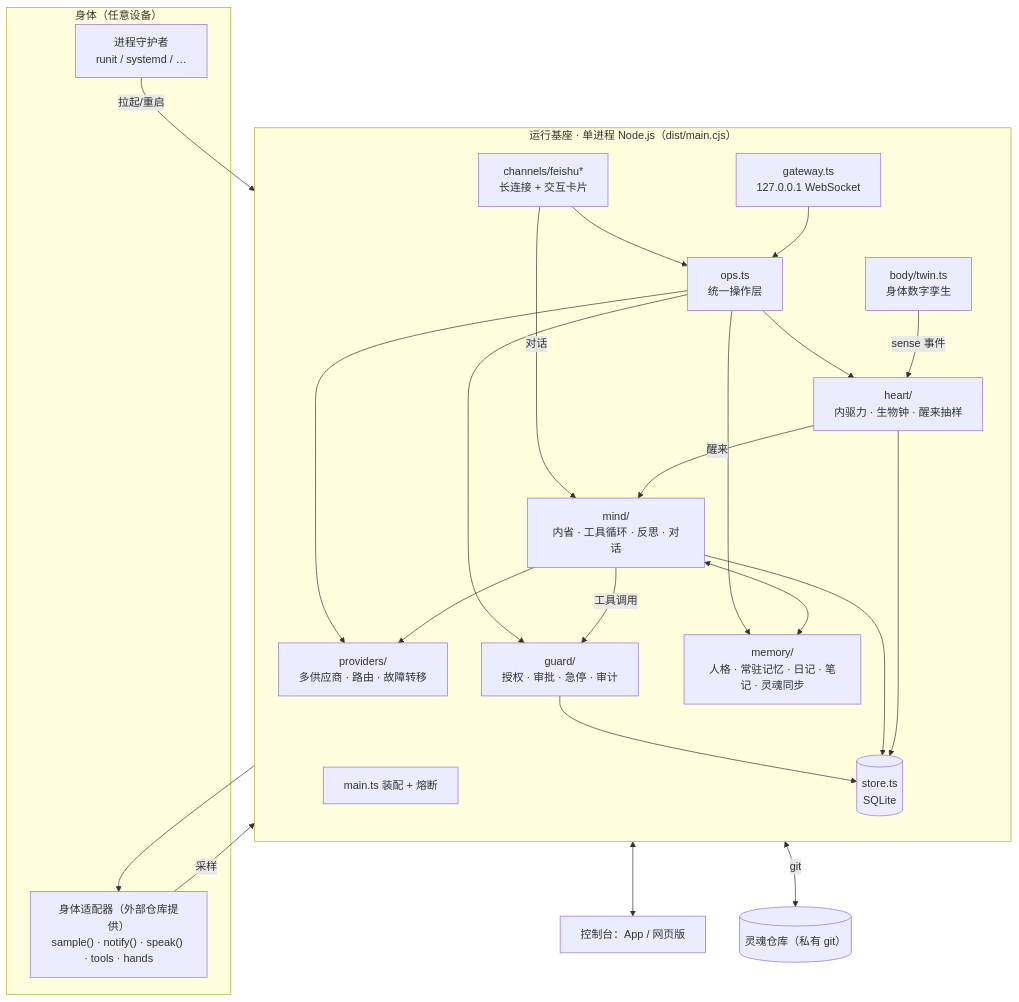
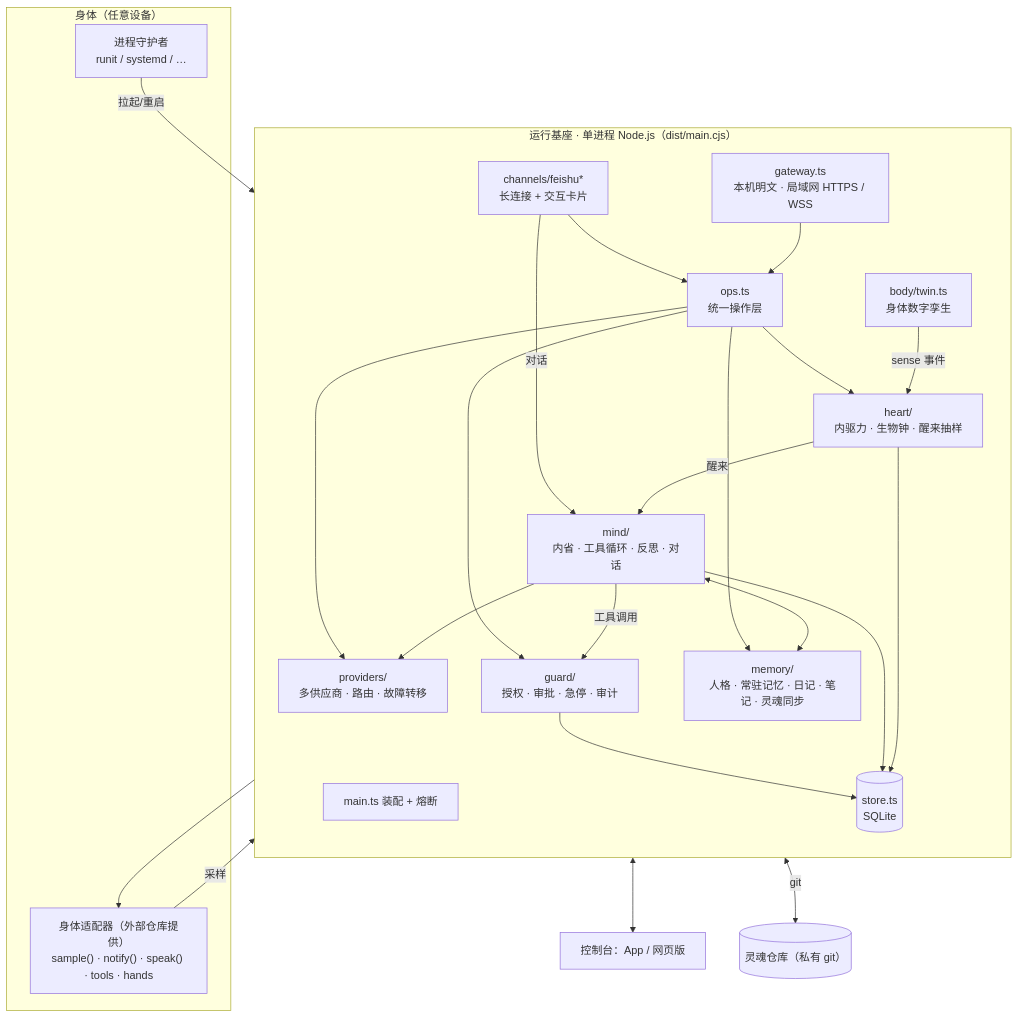
Before and after one commit to Causally-XYZ/Project.Quetzal: the first of 10 diagrams in docs/ARCHITECTURE.md, drawn with Mermaid. The commit also changed other lines of this file and 12 other files, not shown here.

````diff
--- a/docs/ARCHITECTURE.md
+++ b/docs/ARCHITECTURE.md
@@ -7,35 +7,35 @@
 ```mermaid
 flowchart TB
   subgraph Host["身体（任意设备）"]
     AD["身体适配器（外部仓库提供）<br/>sample() · notify() · speak() · tools · hands"]
     SUP["进程守护者<br/>runit / systemd / …"]
   end
   subgraph Core["运行基座 · 单进程 Node.js（dist/main.cjs）"]
     direction TB
     MAIN["main.ts 装配 + 熔断"]
     TWIN["body/twin.ts<br/>身体数字孪生"]
     HEART["heart/<br/>内驱力 · 生物钟 · 醒来抽样"]
     BRAIN["mind/<br/>内省 · 工具循环 · 反思 · 对话"]
     MEM["memory/<br/>人格 · 常驻记忆 · 日记 · 笔记 · 灵魂同步"]
     PROV["providers/<br/>多供应商 · 路由 · 故障转移"]
     GUARD["guard/<br/>授权 · 审批 · 急停 · 审计"]
     OPS["ops.ts<br/>统一操作层"]
-    GW["gateway.ts<br/>127.0.0.1 WebSocket"]
+    GW["gateway.ts<br/>本机明文 · 局域网 HTTPS / WSS"]
     FS["channels/feishu*<br/>长连接 + 交互卡片"]
     STORE[("store.ts<br/>SQLite")]
   end
   SUP -- 拉起/重启 --> MAIN
   AD -- 采样 --> TWIN
   TWIN -- sense 事件 --> HEART
   HEART -- 醒来 --> BRAIN
   BRAIN --> PROV
   BRAIN -- 工具调用 --> GUARD --> AD
   BRAIN <--> MEM
   OPS --> HEART & GUARD & MEM & PROV
   GW --> OPS
   FS --> OPS
   FS -- 对话 --> BRAIN
   GW <--> APP["控制台：App / 网页版"]
   MEM <-- git --> SOUL[("灵魂仓库（私有 git）")]
   HEART & BRAIN & GUARD --> STORE
 ```
````
